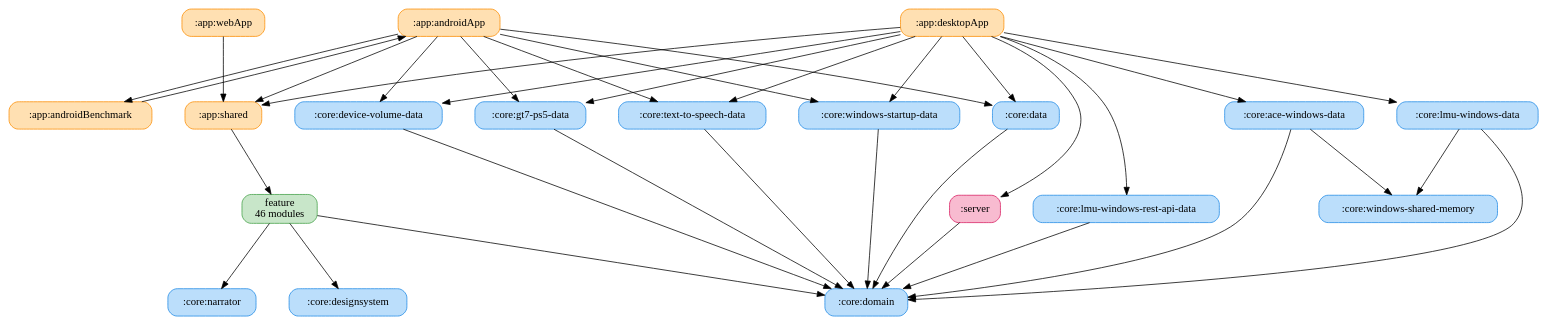
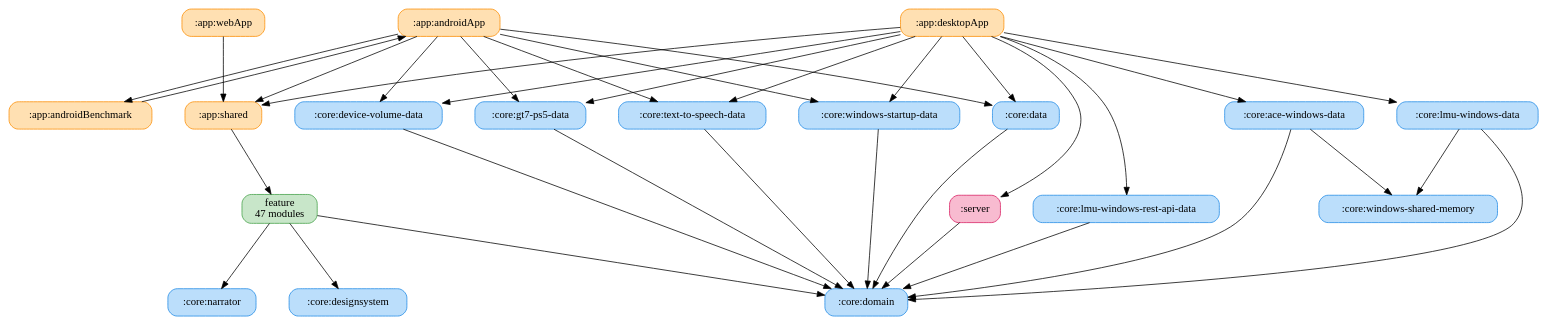
One commit to ai-kurou/KoDriver changed the diagram in docs/graphs/full-graph.gv. Above: the diagram before and after it, drawn with Graphviz. The commit also changed 120 other files, not shown here.

```diff
--- a/docs/graphs/full-graph.gv
+++ b/docs/graphs/full-graph.gv
@@ -1,58 +1,58 @@
 digraph G {
   rankdir=TB
   graph [ranksep=1.2, nodesep=0.6]
   node [shape=box, style="rounded,filled"]
   ":app:androidApp" [label=":app:androidApp", fillcolor="#FFE0B2", color="#FB8C00"]
   ":app:androidBenchmark" [label=":app:androidBenchmark", fillcolor="#FFE0B2", color="#FB8C00"]
   ":app:desktopApp" [label=":app:desktopApp", fillcolor="#FFE0B2", color="#FB8C00"]
   ":app:shared" [label=":app:shared", fillcolor="#FFE0B2", color="#FB8C00"]
   ":app:webApp" [label=":app:webApp", fillcolor="#FFE0B2", color="#FB8C00"]
   ":core:ace-windows-data" [label=":core:ace-windows-data", fillcolor="#BBDEFB", color="#1E88E5"]
   ":core:data" [label=":core:data", fillcolor="#BBDEFB", color="#1E88E5"]
   ":core:designsystem" [label=":core:designsystem", fillcolor="#BBDEFB", color="#1E88E5"]
   ":core:device-volume-data" [label=":core:device-volume-data", fillcolor="#BBDEFB", color="#1E88E5"]
   ":core:domain" [label=":core:domain", fillcolor="#BBDEFB", color="#1E88E5"]
   ":core:gt7-ps5-data" [label=":core:gt7-ps5-data", fillcolor="#BBDEFB", color="#1E88E5"]
   ":core:lmu-windows-data" [label=":core:lmu-windows-data", fillcolor="#BBDEFB", color="#1E88E5"]
   ":core:lmu-windows-rest-api-data" [label=":core:lmu-windows-rest-api-data", fillcolor="#BBDEFB", color="#1E88E5"]
   ":core:narrator" [label=":core:narrator", fillcolor="#BBDEFB", color="#1E88E5"]
   ":core:text-to-speech-data" [label=":core:text-to-speech-data", fillcolor="#BBDEFB", color="#1E88E5"]
   ":core:windows-shared-memory" [label=":core:windows-shared-memory", fillcolor="#BBDEFB", color="#1E88E5"]
   ":core:windows-startup-data" [label=":core:windows-startup-data", fillcolor="#BBDEFB", color="#1E88E5"]
   ":server" [label=":server", fillcolor="#F8BBD0", color="#D81B60"]
-  "feature" [label="feature\n46 modules", fillcolor="#C8E6C9", color="#43A047"]
+  "feature" [label="feature\n47 modules", fillcolor="#C8E6C9", color="#43A047"]
   ":app:androidApp" -> ":app:androidBenchmark"
   ":app:androidApp" -> ":app:shared"
   ":app:androidApp" -> ":core:data"
   ":app:androidApp" -> ":core:device-volume-data"
   ":app:androidApp" -> ":core:gt7-ps5-data"
   ":app:androidApp" -> ":core:text-to-speech-data"
   ":app:androidApp" -> ":core:windows-startup-data"
   ":app:androidBenchmark" -> ":app:androidApp"
   ":app:desktopApp" -> ":app:shared"
   ":app:desktopApp" -> ":core:ace-windows-data"
   ":app:desktopApp" -> ":core:data"
   ":app:desktopApp" -> ":core:device-volume-data"
   ":app:desktopApp" -> ":core:gt7-ps5-data"
   ":app:desktopApp" -> ":core:lmu-windows-data"
   ":app:desktopApp" -> ":core:lmu-windows-rest-api-data"
   ":app:desktopApp" -> ":core:text-to-speech-data"
   ":app:desktopApp" -> ":core:windows-startup-data"
   ":app:desktopApp" -> ":server"
   ":app:shared" -> "feature"
   ":app:webApp" -> ":app:shared"
   ":core:ace-windows-data" -> ":core:domain"
   ":core:ace-windows-data" -> ":core:windows-shared-memory"
   ":core:data" -> ":core:domain"
   ":core:device-volume-data" -> ":core:domain"
   ":core:gt7-ps5-data" -> ":core:domain"
   ":core:lmu-windows-data" -> ":core:domain"
   ":core:lmu-windows-data" -> ":core:windows-shared-memory"
   ":core:lmu-windows-rest-api-data" -> ":core:domain"
   ":core:text-to-speech-data" -> ":core:domain"
   ":core:windows-startup-data" -> ":core:domain"
   ":server" -> ":core:domain"
   "feature" -> ":core:designsystem"
   "feature" -> ":core:domain"
   "feature" -> ":core:narrator"
 }
```
